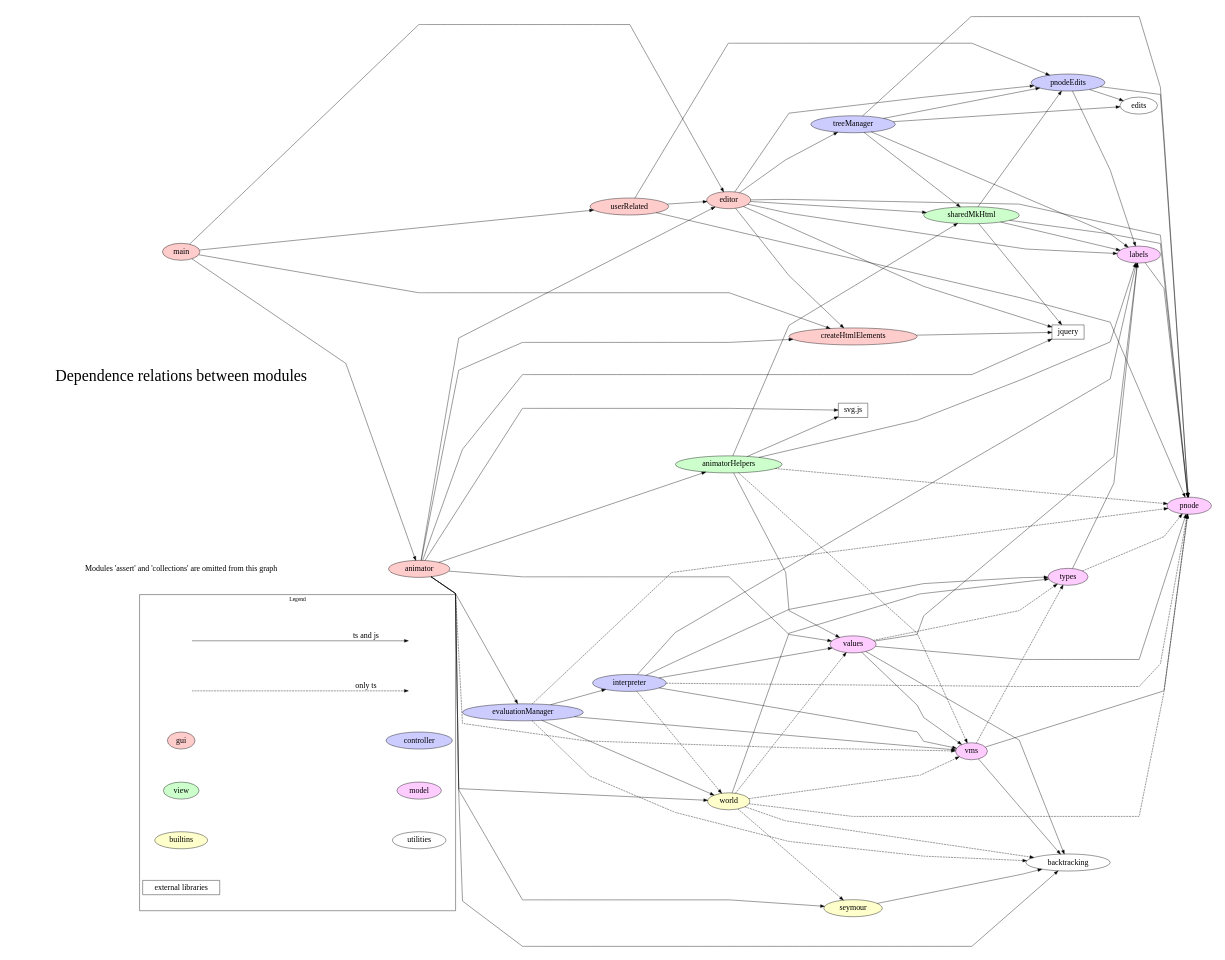
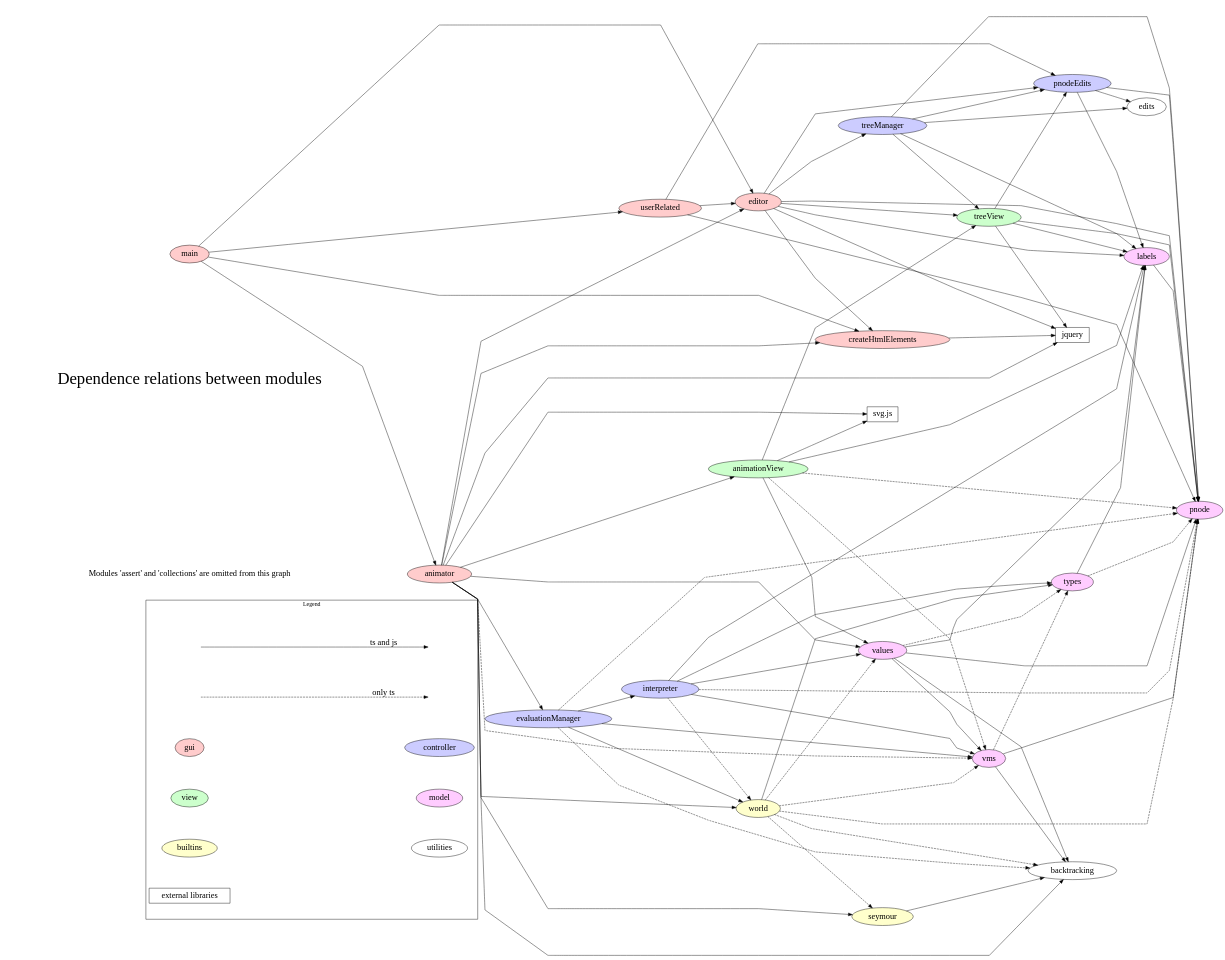
One commit to theodore-norvell/PLAAY changed the diagram in typescriptSrc/dependence.gv. Above: the diagram before and after it, drawn with Graphviz. The commit also changed 7 other files, not shown here.

Commit message:
rename sharedMkHtml --> treeView

```diff
--- a/typescriptSrc/dependence.gv
+++ b/typescriptSrc/dependence.gv
@@ -1,157 +1,157 @@
 
 digraph Depends {
     size="9,6.5" ;
     splines="polyline" ;
     nodesep=0.2 ;
     ranksep=0.2 ;
    ratio=fill;
    rankdir = LR ;
    node[fontsize=20];
 
    subgraph cluster1 {
         label = "Legend" ;
         shape=rectangle ;
         color = black ;
         a [style=invis];
         b [style=invis] ;
         c [style=invis] ;
         d [style=invis] ;
         c -> d [label="only ts", style=dashed, fontsize=20] ; 
         a -> b [label="ts and js", fontsize=20] ;
         gui -> controller [style=invis] ;
         view -> model [style=invis] ;
         builtins -> utilities [style=invis] ;
 
         gui [style=filled, fillcolor="#ffcccc"] ;
         controller [style=filled, fillcolor="#ccccff"] ;
         view [style=filled, fillcolor="#ccffcc"] ;
         model [style=filled, fillcolor="#ffccff"] ;
         builtins [style=filled, fillcolor="#ffffcc"] ;
         utilities ;
         "external libraries" [shape=rectangle] ;
     }
 
    utils [label="Modules 'assert' and 'collections' are omitted from this graph",
               shape=none] ;
    caption [ label="Dependence relations between modules", fontsize=40,
               shape=none] ;
 
     main [style=filled, fillcolor="#ffcccc"] ;
     editor [style=filled, fillcolor="#ffcccc"] ;
     animator [style=filled, fillcolor="#ffcccc"] ;
     createHtmlElements [style=filled, fillcolor="#ffcccc"] ;
     userRelated [style=filled, fillcolor="#ffcccc" ] ;
     
     evaluationManager [style=filled, fillcolor="#ccccff"] ;
     interpreter [style=filled, fillcolor="#ccccff"] ;
     treeManager [style=filled, fillcolor="#ccccff"] ;
     pnodeEdits [style=filled, fillcolor="#ccccff"] ;
     
-    sharedMkHtml [style=filled, fillcolor="#ccffcc"] ;
-    animatorHelpers [style=filled, fillcolor="#ccffcc"] ;
+    treeView [style=filled, fillcolor="#ccffcc"] ;
+    animationView [style=filled, fillcolor="#ccffcc"] ;
 
     vms [style=filled, fillcolor="#ffccff"] ;
     values [style=filled, fillcolor="#ffccff"] ;
     types [style=filled, fillcolor="#ffccff"] ;
     labels [style=filled, fillcolor="#ffccff"] ;
     pnode [style=filled, fillcolor="#ffccff"] ;
 
     world [style=filled, fillcolor="#ffffcc"] ;
     seymour [style=filled, fillcolor="#ffffcc"] ;
     
-   animator -> animatorHelpers  ;
+   animator -> animationView  ;
    animator -> backtracking ;
    animator -> createHtmlElements ;
    animator -> editor ;
    animator -> evaluationManager ;
    animator -> seymour ;
    animator -> values ;
    animator -> world ;
    animator -> vms [style=dashed] ;
    animator -> svg ;
    animator -> jquery ;
 
-   animatorHelpers -> labels ;
-   animatorHelpers -> pnode [style=dashed] ;
-   animatorHelpers -> sharedMkHtml ;
-   animatorHelpers -> values ;
-   animatorHelpers -> vms [style=dashed];
-   animatorHelpers -> svg ;
+   animationView -> labels ;
+   animationView -> pnode [style=dashed] ;
+   animationView -> treeView ;
+   animationView -> values ;
+   animationView -> vms [style=dashed];
+   animationView -> svg ;
    
    createHtmlElements -> jquery ;
 
    editor -> createHtmlElements ;
    editor -> labels ;
    editor -> pnode  ;
    editor -> pnodeEdits ;
-   editor -> sharedMkHtml ;
+   editor -> treeView ;
    editor -> treeManager ;
    editor -> jquery ;
 
    evaluationManager -> backtracking  [style=dashed];
    evaluationManager -> interpreter ;
    evaluationManager -> pnode  [style=dashed];
    evaluationManager -> vms ;
    evaluationManager -> world ;
 
    interpreter -> labels ;
    interpreter -> pnode  [style=dashed];
    interpreter -> types ;
    interpreter -> values ;
    interpreter -> vms ;
    interpreter -> world  [style=dashed];
 
     jquery [shape=rectangle]
     
    labels -> pnode ;
 
    main -> animator ;
    main -> createHtmlElements ;
    main -> editor ;
    main -> userRelated ;
 
    pnodeEdits -> edits ;
    pnodeEdits -> pnode ;
    pnodeEdits -> labels ;
    
    types -> pnode [style=dashed];
    types -> labels ;
 
    seymour -> backtracking ;
 
-   sharedMkHtml -> labels ;
-   sharedMkHtml -> pnode ;
-   sharedMkHtml -> pnodeEdits ;
-   sharedMkHtml -> jquery ;
+   treeView -> labels ;
+   treeView -> pnode ;
+   treeView -> pnodeEdits ;
+   treeView -> jquery ;
 
    svg [label="svg.js", shape=rectangle] ;
 
    treeManager -> edits ;
    treeManager -> labels ;
    treeManager -> pnode ;
    treeManager -> pnodeEdits ;
-   treeManager -> sharedMkHtml ;
+   treeManager -> treeView ;
 
    userRelated -> editor ;
    userRelated -> pnodeEdits ;
    userRelated -> pnode ;
    
    values -> backtracking ;
    values -> labels ;
    values -> pnode ;
    values -> types  [style=dashed];
    values -> vms ;
 
    
    vms -> backtracking
    vms -> pnode ;
    vms -> types  [style=dashed];
 
    world -> backtracking  [style=dashed];
    world -> pnode  [style=dashed];
    world -> seymour  [style=dashed];
    world -> types ;
    world -> values  [style=dashed];
    world -> vms  [style=dashed];
    
 }
```
